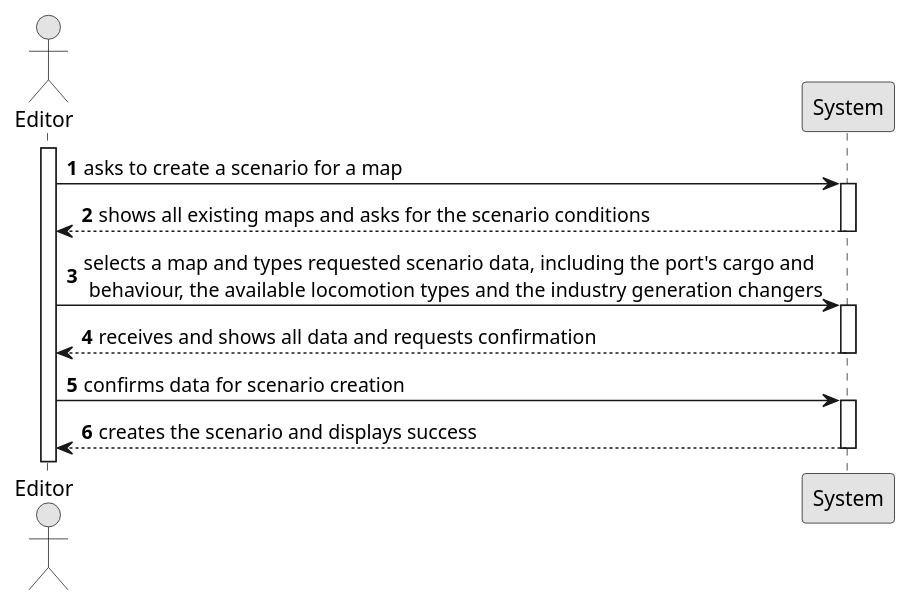
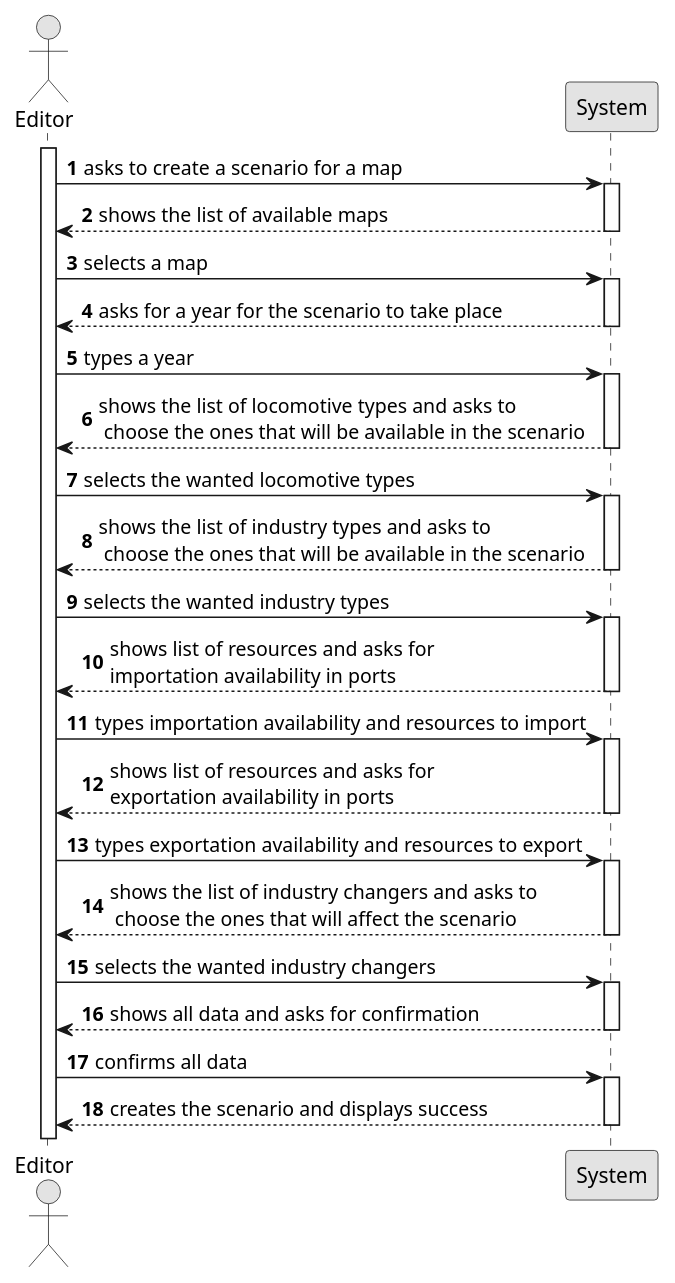
One commit to 1240935/pi2-railway-simulator changed the diagram in docsFinais/US004/01.requirements-engineering/puml/US004-SSD.puml. Above: the diagram before and after it, drawn with PlantUML. The commit also changed 303 other files, not shown here.

```diff
--- a/docsFinais/US004/01.requirements-engineering/puml/US004-SSD.puml
+++ b/docsFinais/US004/01.requirements-engineering/puml/US004-SSD.puml
@@ -1,31 +1,66 @@
 @startuml
 skinparam monochrome true
 skinparam packageStyle rectangle
 skinparam shadowing false
 
 autonumber
 
 actor "Editor" as Employee
 participant "System" as System
 
 activate Employee
 
     Employee -> System : asks to create a scenario for a map
     activate System
 
-        System --> Employee : shows all existing maps and asks for the scenario conditions
+        System --> Employee : shows the list of available maps
     deactivate System
 
-    Employee -> System : selects a map and types requested scenario data, including the port's cargo and \n behaviour, the available locomotion types and the industry generation changers
-
+    Employee -> System : selects a map
     activate System
 
-        System --> Employee : receives and shows all data and requests confirmation
+    System --> Employee : asks for a year for the scenario to take place
     deactivate System
 
-    Employee -> System : confirms data for scenario creation
+    Employee -> System : types a year
     activate System
 
-        System --> Employee : creates the scenario and displays success
+    System --> Employee : shows the list of locomotive types and asks to \n choose the ones that will be available in the scenario
+    deactivate System
+
+    Employee -> System : selects the wanted locomotive types
+    activate System
+
+    System --> Employee : shows the list of industry types and asks to \n choose the ones that will be available in the scenario
+    deactivate System
+
+    Employee -> System : selects the wanted industry types
+    activate System
+
+    System --> Employee : shows list of resources and asks for \nimportation availability in ports
+    deactivate System
+
+    Employee -> System :  types importation availability and resources to import
+    activate System
+
+    System --> Employee : shows list of resources and asks for \nexportation availability in ports
+        deactivate System
+
+        Employee -> System : types exportation availability and resources to export
+        activate System
+
+    System --> Employee : shows the list of industry changers and asks to \n choose the ones that will affect the scenario
+    deactivate System
+
+    Employee -> System : selects the wanted industry changers
+    activate System
+
+    System --> Employee : shows all data and asks for confirmation
+    deactivate System
+
+    Employee -> System : confirms all data
+    activate System
+
+    System --> Employee : creates the scenario and displays success
     deactivate System
 @enduml
```
